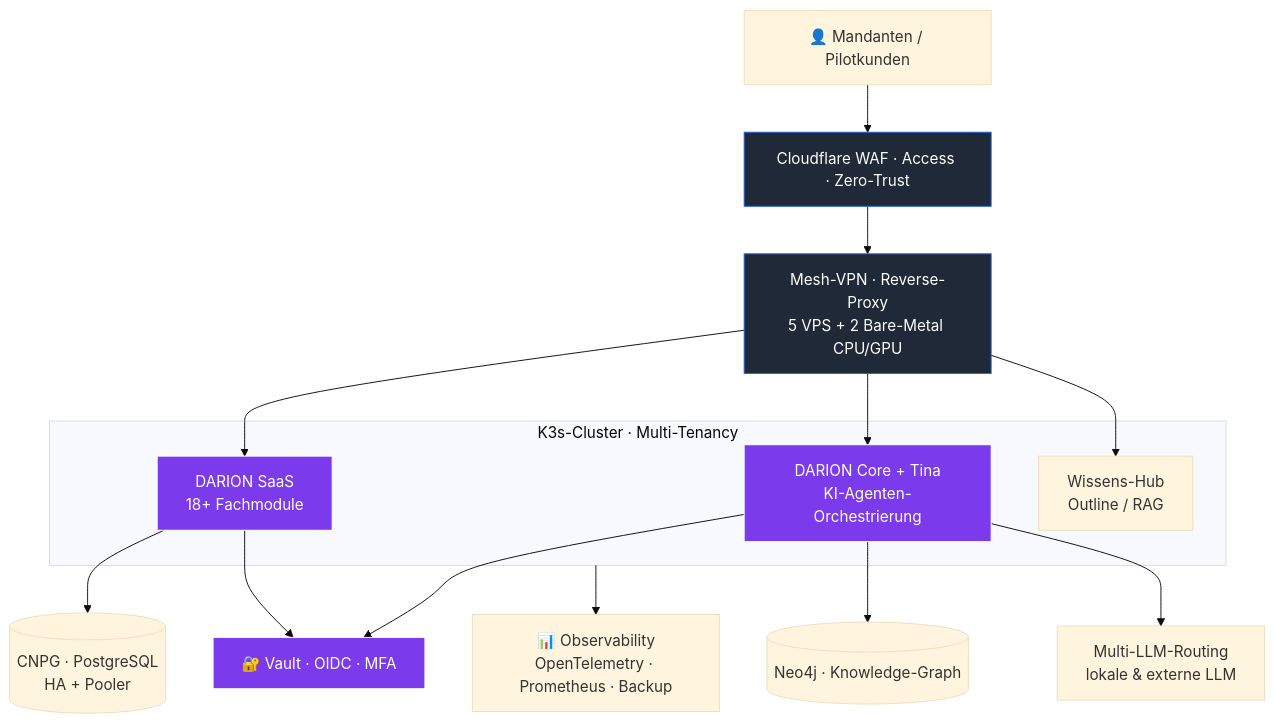
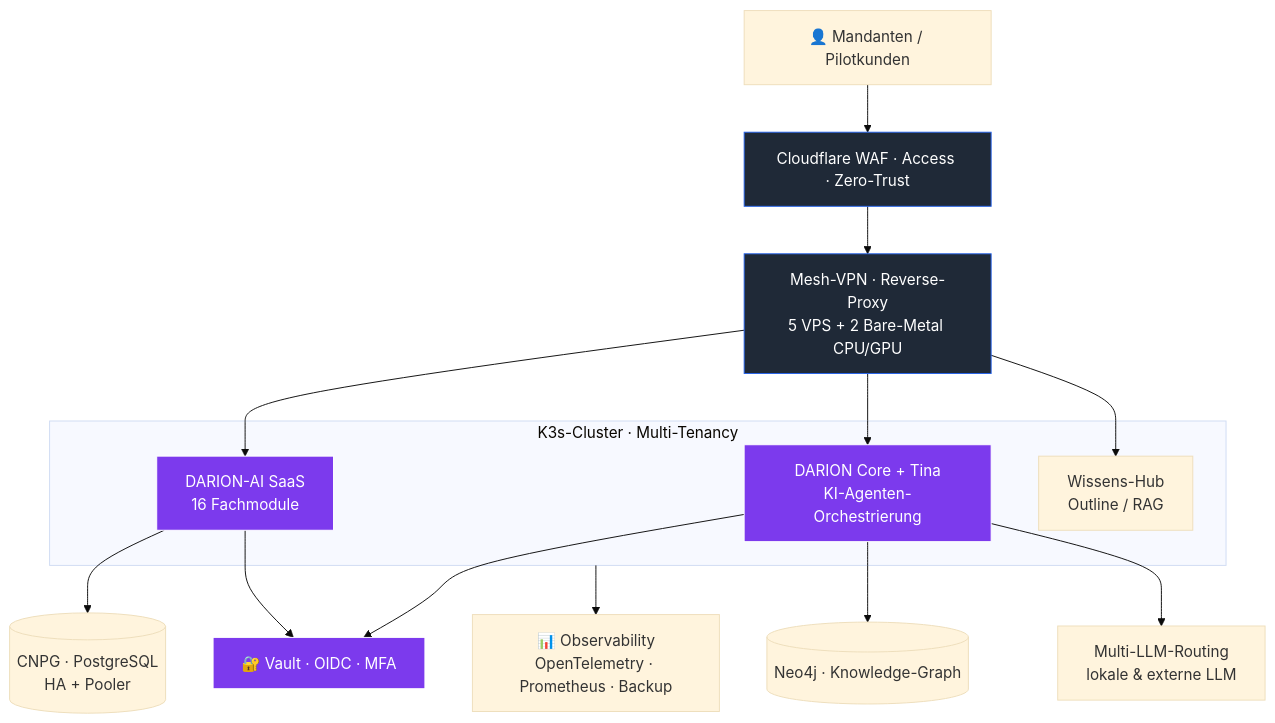
Before and after one commit to frank-wichert/frank-wichert: the diagram in README.md, drawn with Mermaid (base theme). The commit also changed other lines of this file and 1 other file, not shown here.

First line of the commit message:
profil: darion-ai aktualisieren (16 aktive Module, Coding-Plattform, Meetings) + Konsistenz

````diff
--- a/README.md
+++ b/README.md
@@ -47,27 +47,27 @@
 ```mermaid
 flowchart TD
     U["👤 Mandanten / Pilotkunden"] --> CF["Cloudflare WAF · Access · Zero-Trust"]
     CF --> MESH["Mesh-VPN · Reverse-Proxy<br/>5 VPS + 2 Bare-Metal CPU/GPU"]
 
     subgraph CLUSTER["K3s-Cluster · Multi-Tenancy"]
-        SAAS["DARION SaaS<br/>18+ Fachmodule"]
+        SAAS["DARION-AI SaaS<br/>16 Fachmodule"]
         CORE["DARION Core + Tina<br/>KI-Agenten-Orchestrierung"]
         WIKI["Wissens-Hub<br/>Outline / RAG"]
     end
 
     MESH --> SAAS
     MESH --> CORE
     MESH --> WIKI
 
     SAAS --> DATA[("CNPG · PostgreSQL<br/>HA + Pooler")]
     CORE --> KG[("Neo4j · Knowledge-Graph")]
     CORE --> LLM["Multi-LLM-Routing<br/>lokale & externe LLM"]
     SAAS --> SEC["🔐 Vault · OIDC · MFA"]
     CORE --> SEC
     CLUSTER --> OBS["📊 Observability<br/>OpenTelemetry · Prometheus · Backup"]
 
     classDef edge fill:#1F2937,stroke:#2563EB,color:#fff;
     classDef sec fill:#7C3AED,stroke:#fff,color:#fff;
     class CF,MESH edge;
     class SEC,SAAS,CORE sec;
 ```
````
